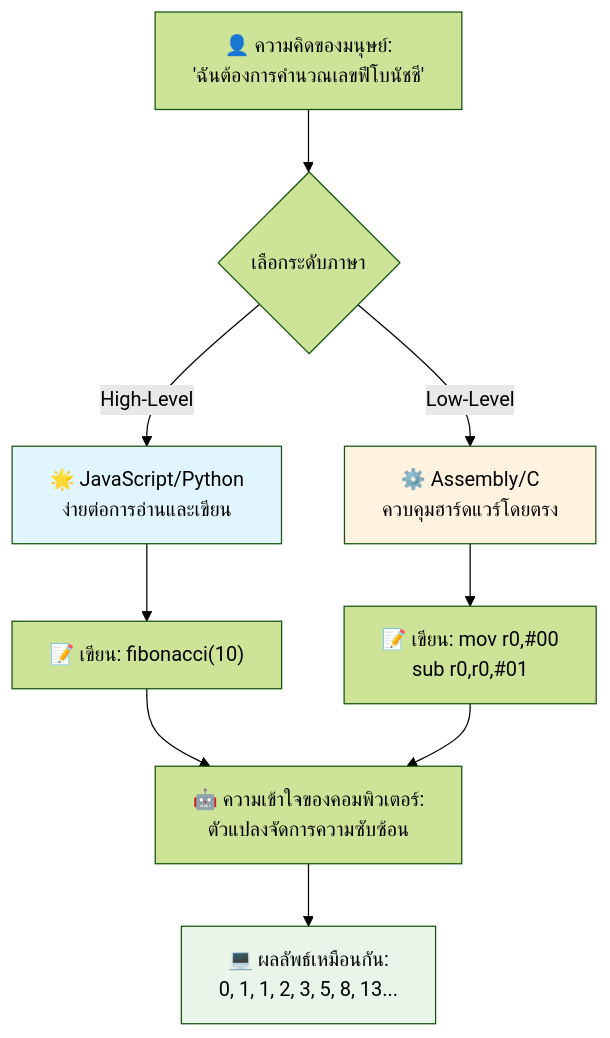
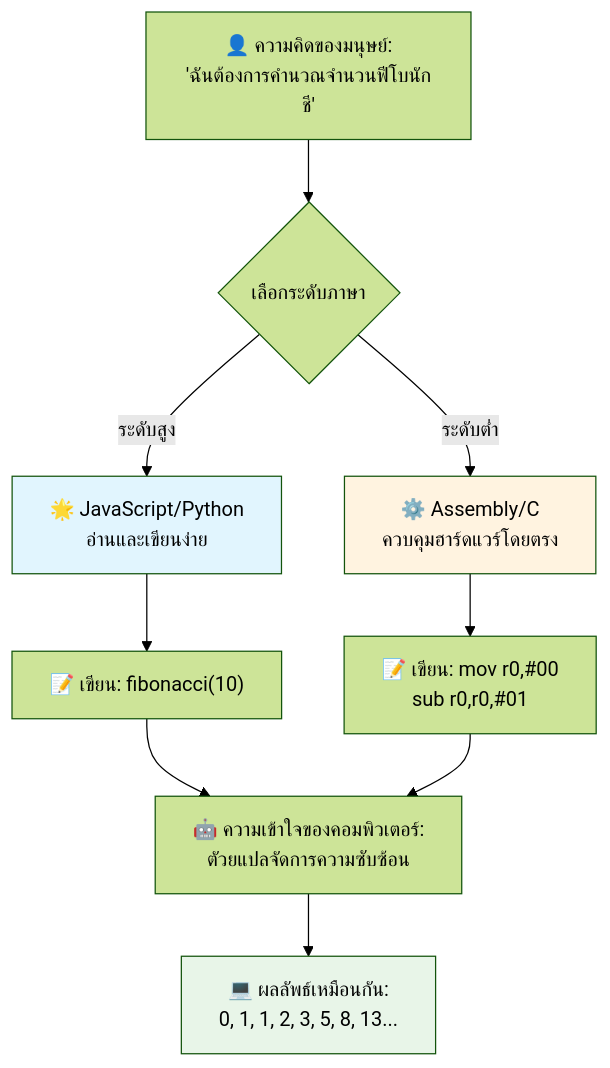
One commit to microsoft/Web-Dev-For-Beginners changed the third of 7 diagrams in translations/th/1-getting-started-lessons/1-intro-to-programming-languages/README.md. Above: the diagram before and after it, drawn with Mermaid (forest theme). The commit also changed other lines of this file and 11 other files, not shown here.

````diff
--- a/translations/th/1-getting-started-lessons/1-intro-to-programming-languages/README.md
+++ b/translations/th/1-getting-started-lessons/1-intro-to-programming-languages/README.md
@@ -148,19 +148,19 @@
 ```mermaid
 flowchart TB
-    A["👤 ความคิดของมนุษย์:<br/>'ฉันต้องการคำนวณเลขฟีโบนัชชี'"] --> B{เลือกระดับภาษา}
+    A["👤 ความคิดของมนุษย์:<br/>'ฉันต้องการคำนวณจำนวนฟีโบนักชี'"] --> B{เลือกระดับภาษา}
     
-    B -->|High-Level| C["🌟 JavaScript/Python<br/>ง่ายต่อการอ่านและเขียน"]
-    B -->|Low-Level| D["⚙️ Assembly/C<br/>ควบคุมฮาร์ดแวร์โดยตรง"]
+    B -->|ระดับสูง| C["🌟 JavaScript/Python<br/>อ่านและเขียนง่าย"]
+    B -->|ระดับต่ำ| D["⚙️ Assembly/C<br/>ควบคุมฮาร์ดแวร์โดยตรง"]
     
     C --> E["📝 เขียน: fibonacci(10)"]
     D --> F["📝 เขียน: mov r0,#00<br/>sub r0,r0,#01"]
     
-    E --> G["🤖 ความเข้าใจของคอมพิวเตอร์:<br/>ตัวแปลงจัดการความซับซ้อน"]
+    E --> G["🤖 ความเข้าใจของคอมพิวเตอร์:<br/>ตัวยแปลจัดการความซับซ้อน"]
     F --> G
     
     G --> H["💻 ผลลัพธ์เหมือนกัน:<br/>0, 1, 1, 2, 3, 5, 8, 13..."]
     
     style C fill:#e1f5fe
     style D fill:#fff3e0
     style H fill:#e8f5e8
 ```
````
